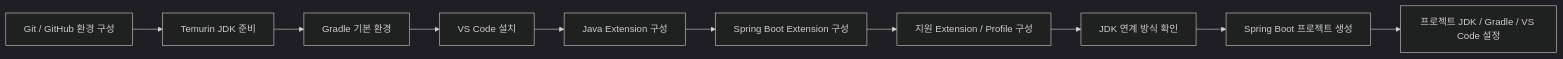
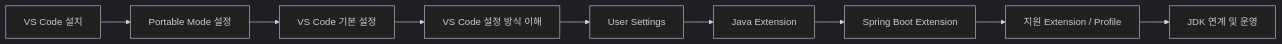
Before and after one commit to Team-Microserver/microserver-docs: the diagram in docs/02_development_environment/03_macos/05_vscode/vscode_setup.md, drawn with Mermaid (dark theme). The commit also changed other lines of this file and 14 other files, not shown here.

````diff
--- a/docs/02_development_environment/03_macos/05_vscode/vscode_setup.md
+++ b/docs/02_development_environment/03_macos/05_vscode/vscode_setup.md
@@ -64,12 +43,11 @@
 ```mermaid
 flowchart LR
-    A[Git / GitHub 환경 구성] --> B[Temurin JDK 준비]
-    B --> C[Gradle 기본 환경]
-    C --> D[VS Code 설치]
-    D --> E[Java Extension 구성]
-    E --> F[Spring Boot Extension 구성]
-    F --> G[지원 Extension / Profile 구성]
-    G --> H[JDK 연계 방식 확인]
-    H --> I[Spring Boot 프로젝트 생성]
-    I --> J[프로젝트 JDK / Gradle / VS Code 설정]
+    A[VS Code 설치] --> B[Portable Mode 설정]
+    B --> C[VS Code 기본 설정]
+    C --> D[VS Code 설정 방식 이해]
+    D --> E[User Settings]
+    E --> F[Java Extension]
+    F --> G[Spring Boot Extension]
+    G --> H[지원 Extension / Profile]
+    H --> I[JDK 연계 및 운영]
 ```
````
